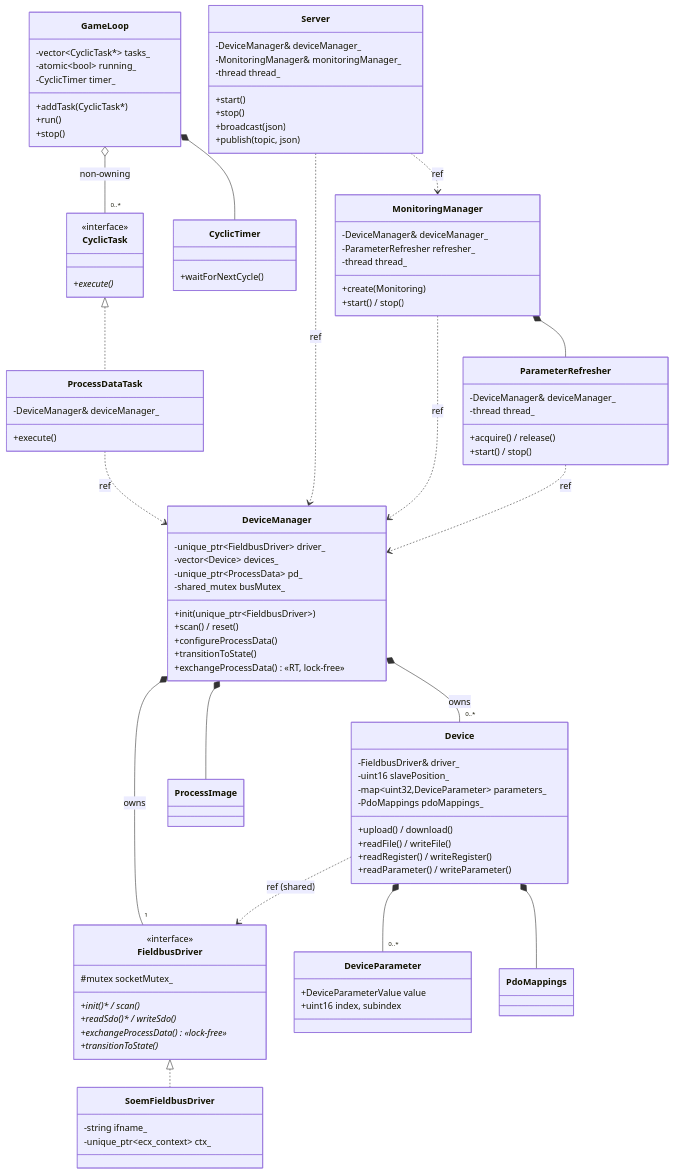
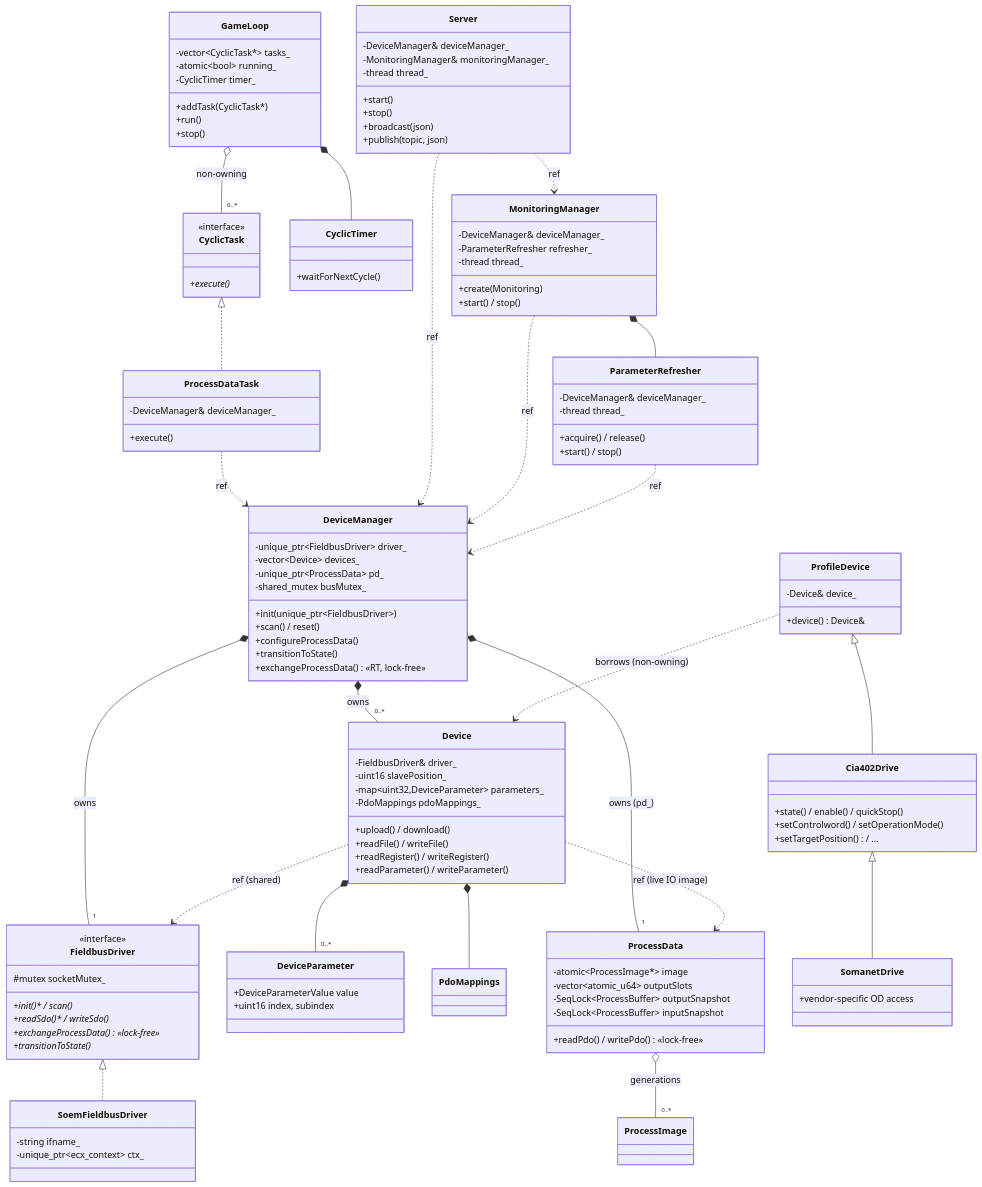
Before and after one commit to synapticon/motion-master: the diagram in docs/CLASS_DIAGRAM.md, drawn with Mermaid. The commit also changed other lines of this file and 1 other file, not shown here.

Commit message:
docs: sync class diagram + threading model with profile views and Design B
- Class diagram: replace the stale Device→Cia402Drive inheritance with the
  borrowed-view chain SomanetDrive→Cia402Drive→ProfileDevice (holds a Device&,
  not a Device subclass); model ProcessData ownership (pd_) and its retained
  ProcessImage generations instead of a bare ProcessImage.
- Threading model: output PDO path is now Design B — per-object lock-free
  atomic outputSlots composed by the RT loop, with a separate RT-single-writer
  outputSnapshot seqlock; split the SeqLock table row accordingly.

````diff
--- a/docs/CLASS_DIAGRAM.md
+++ b/docs/CLASS_DIAGRAM.md
@@ -91,10 +91,31 @@
         +uint16 index, subindex
     }
     class PdoMappings
+    class ProcessData {
+        +readPdo() / writePdo() «lock-free»
+        -atomic~ProcessImage*~ image
+        -vector~atomic_u64~ outputSlots
+        -SeqLock~ProcessBuffer~ outputSnapshot
+        -SeqLock~ProcessBuffer~ inputSnapshot
+    }
     class ProcessImage
+    class ProfileDevice {
+        +device() Device&
+        -Device& device_
+    }
+    class Cia402Drive {
+        +state() / enable() / quickStop()
+        +setControlword() / setOperationMode()
+        +setTargetPosition() / ...
+    }
+    class SomanetDrive {
+        +vendor-specific OD access
+    }
 
     CyclicTask <|.. ProcessDataTask
     FieldbusDriver <|.. SoemFieldbusDriver
+    ProfileDevice <|-- Cia402Drive
+    Cia402Drive <|-- SomanetDrive
 
     GameLoop o-- "0..*" CyclicTask : non-owning
     GameLoop *-- CyclicTimer
@@ -106,8 +127,11 @@
     ParameterRefresher ..> DeviceManager : ref
     DeviceManager *-- "1" FieldbusDriver : owns
     DeviceManager *-- "0..*" Device : owns
-    DeviceManager *-- ProcessImage
+    DeviceManager *-- "1" ProcessData : owns (pd_)
+    ProcessData o-- "0..*" ProcessImage : generations
     Device ..> FieldbusDriver : ref (shared)
+    Device ..> ProcessData : ref (live IO image)
     Device *-- "0..*" DeviceParameter
     Device *-- PdoMappings
+    ProfileDevice ..> Device : borrows (non-owning)
 ```
````
